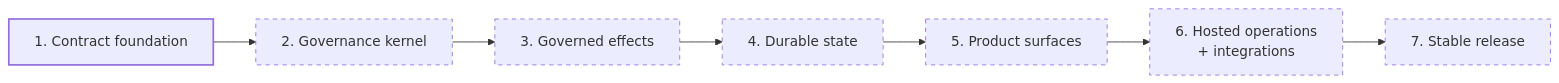
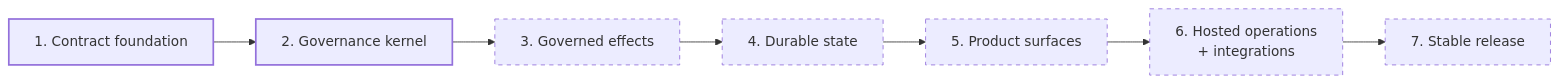
The third of 3 diagrams in README.md (lamenting-hawthorn/governed-agent-harness), drawn with Mermaid before and after one commit. The commit also changed other lines of this file and 3 other files, not shown here.

Commit message:
fix: harden phase 2 governance kernel

````diff
--- a/README.md
+++ b/README.md
@@ -223,15 +223,15 @@
 ```mermaid
 flowchart LR
   Foundation["1. Contract foundation"]:::done
-  Kernel["2. Governance kernel"]:::planned
+  Kernel["2. Governance kernel"]:::done
   Effects["3. Governed effects"]:::planned
   State["4. Durable state"]:::planned
   Product["5. Product surfaces"]:::planned
   Operations["6. Hosted operations\n+ integrations"]:::planned
   Stable["7. Stable release"]:::planned
 
   Foundation --> Kernel --> Effects --> State --> Product --> Operations --> Stable
 
   classDef done stroke-width:2px
   classDef planned stroke-dasharray:5 5
 ```
````
